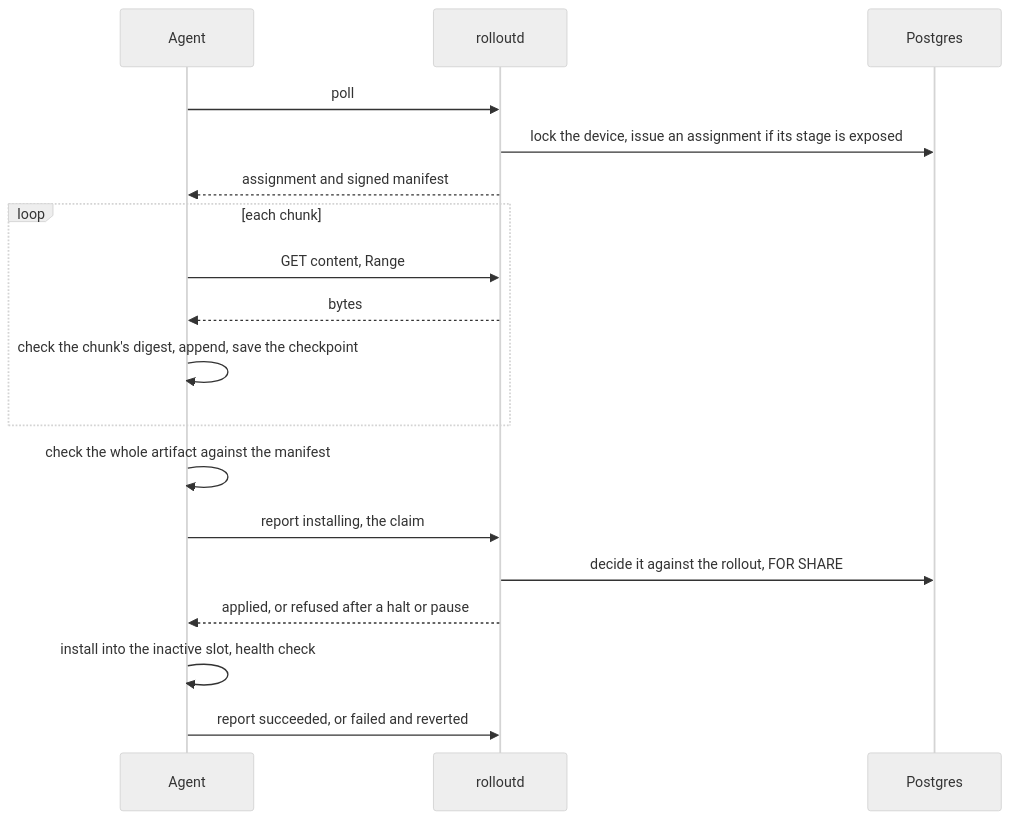
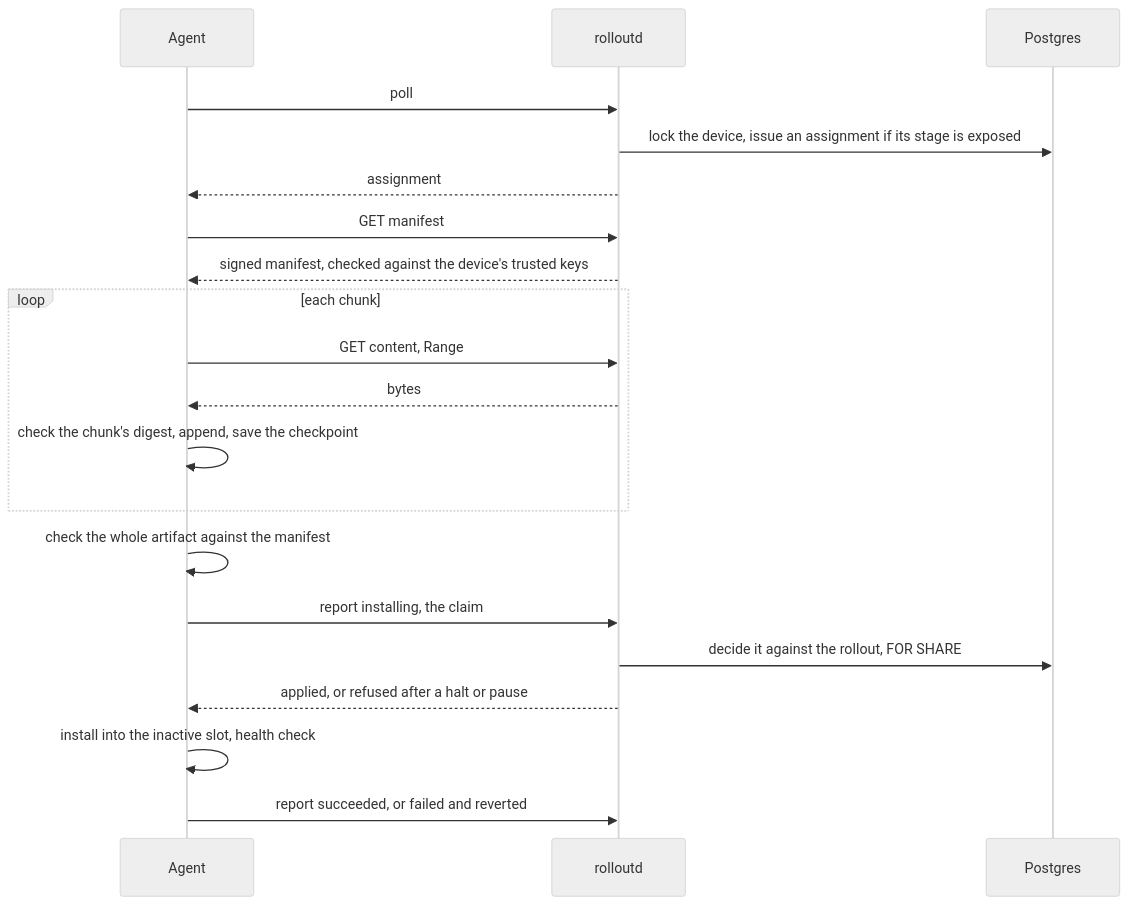
The second of 4 diagrams in docs/architecture.md (Bispulm/fleet-rollout), drawn with Mermaid (neutral theme) before and after one commit. The commit also changed other lines of this file, not shown here.

````diff
--- a/docs/architecture.md
+++ b/docs/architecture.md
@@ -69,20 +69,22 @@
 ```mermaid
 sequenceDiagram
     participant D as Agent
     participant A as rolloutd
     participant P as Postgres
     D->>A: poll
     A->>P: lock the device, issue an assignment if its stage is exposed
-    A-->>D: assignment and signed manifest
+    A-->>D: assignment
+    D->>A: GET manifest
+    A-->>D: signed manifest, checked against the device's trusted keys
     loop each chunk
         D->>A: GET content, Range
         A-->>D: bytes
         D->>D: check the chunk's digest, append, save the checkpoint
     end
     D->>D: check the whole artifact against the manifest
     D->>A: report installing, the claim
     A->>P: decide it against the rollout, FOR SHARE
     A-->>D: applied, or refused after a halt or pause
     D->>D: install into the inactive slot, health check
     D->>A: report succeeded, or failed and reverted
 ```
````
